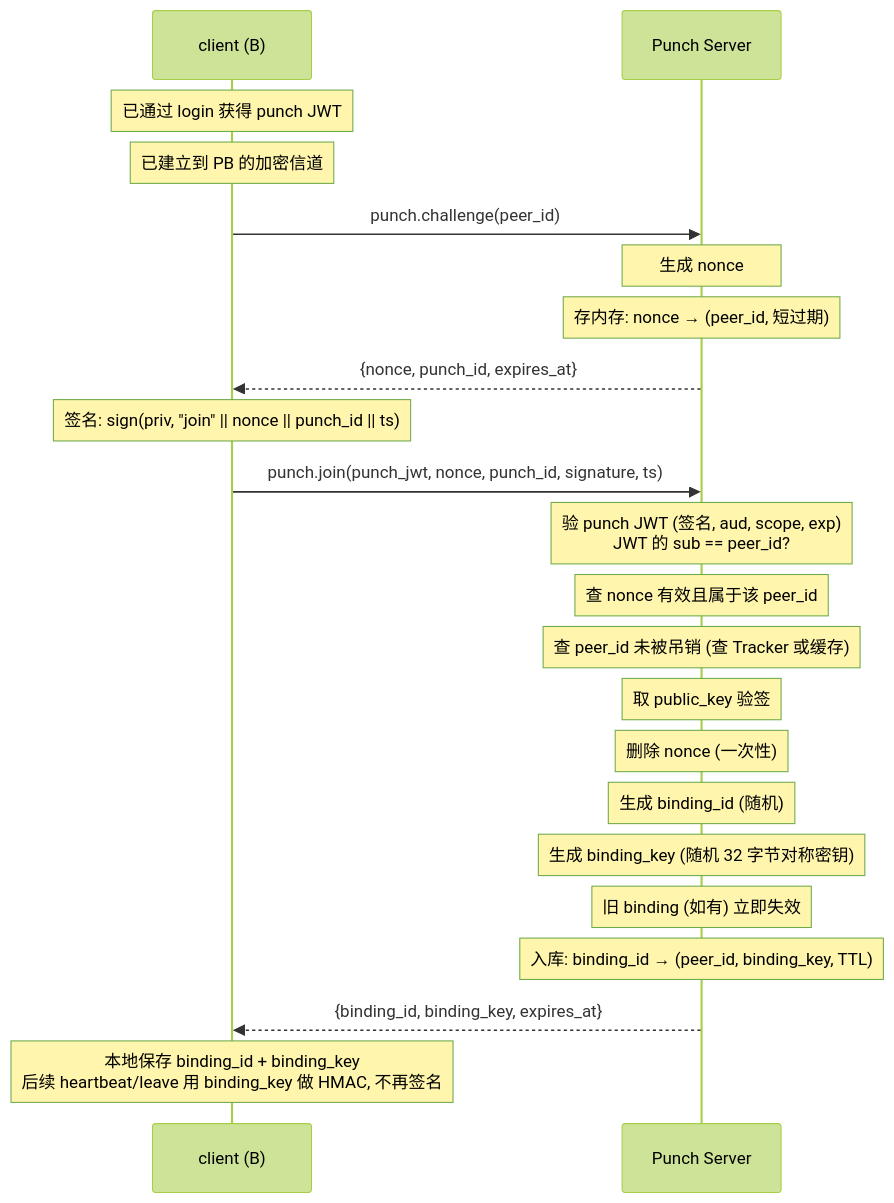
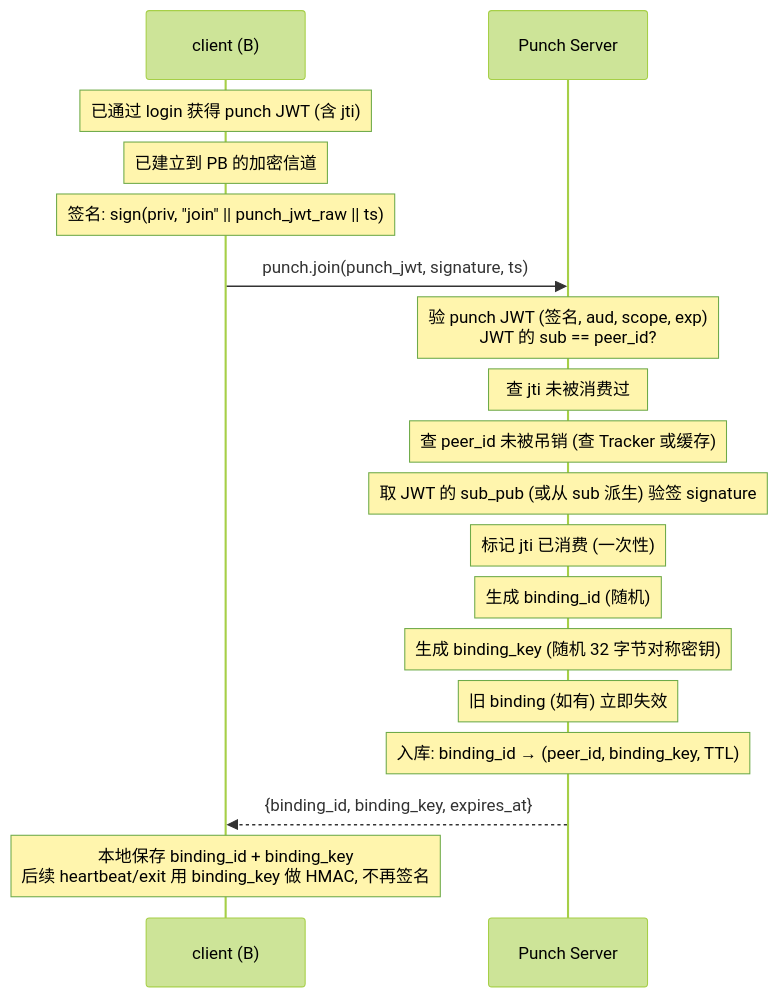
Before and after one commit to mivinci/p2p: the eighth of 15 diagrams in docs/design/p2p-overview.md, drawn with Mermaid (forest theme). The commit also changed other lines of this file, not shown here.

First line of the commit message:
docs(design): simplify punch.join to single-step (drop challenge, use jti)

````diff
--- a/docs/design/p2p-overview.md
+++ b/docs/design/p2p-overview.md
@@ -680,29 +678,24 @@
 ```mermaid
 sequenceDiagram
     participant B as client (B)
     participant PB as Punch Server
 
-    Note over B: 已通过 login 获得 punch JWT
+    Note over B: 已通过 login 获得 punch JWT (含 jti)
     Note over B: 已建立到 PB 的加密信道
 
-    B->>PB: punch.challenge(peer_id)
-    Note over PB: 生成 nonce
-    Note over PB: 存内存: nonce → (peer_id, 短过期)
-    PB-->>B: {nonce, punch_id, expires_at}
+    Note over B: 签名: sign(priv, "join" || punch_jwt_raw || ts)
 
-    Note over B: 签名: sign(priv, "join" || nonce || punch_id || ts)
-
-    B->>PB: punch.join(punch_jwt, nonce, punch_id, signature, ts)
+    B->>PB: punch.join(punch_jwt, signature, ts)
     Note over PB: 验 punch JWT (签名, aud, scope, exp)<br/>JWT 的 sub == peer_id?
-    Note over PB: 查 nonce 有效且属于该 peer_id
+    Note over PB: 查 jti 未被消费过
     Note over PB: 查 peer_id 未被吊销 (查 Tracker 或缓存)
-    Note over PB: 取 public_key 验签
-    Note over PB: 删除 nonce (一次性)
+    Note over PB: 取 JWT 的 sub_pub (或从 sub 派生) 验签 signature
+    Note over PB: 标记 jti 已消费 (一次性)
     Note over PB: 生成 binding_id (随机)
     Note over PB: 生成 binding_key (随机 32 字节对称密钥)
     Note over PB: 旧 binding (如有) 立即失效
     Note over PB: 入库: binding_id → (peer_id, binding_key, TTL)
     PB-->>B: {binding_id, binding_key, expires_at}
 
-    Note over B: 本地保存 binding_id + binding_key<br/>后续 heartbeat/leave 用 binding_key 做 HMAC, 不再签名
+    Note over B: 本地保存 binding_id + binding_key<br/>后续 heartbeat/exit 用 binding_key 做 HMAC, 不再签名
 ```
````
